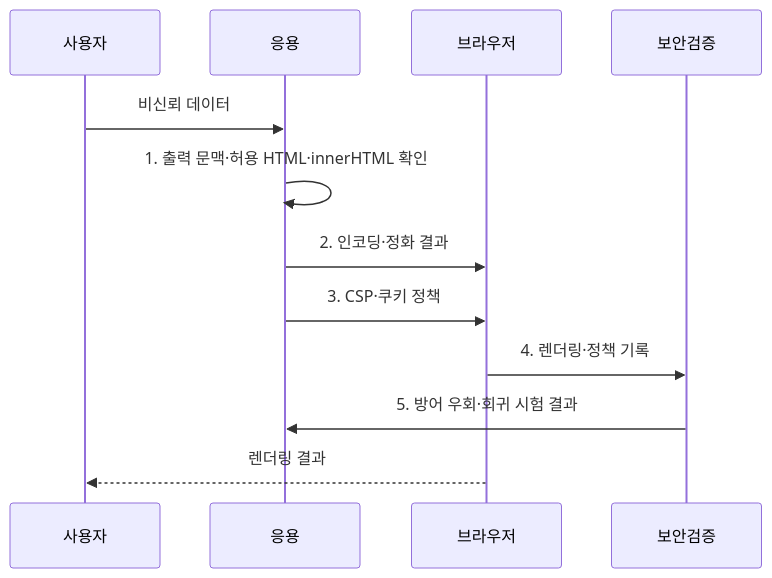
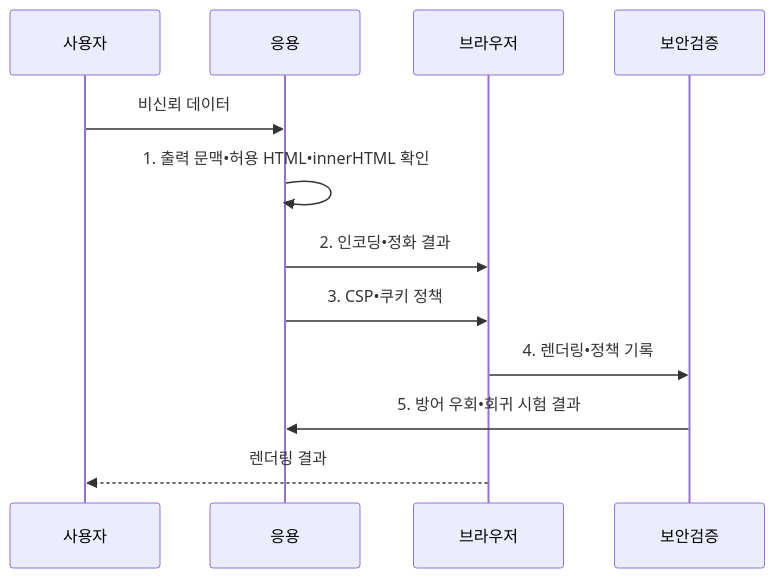
One commit to agnusdei1207/knowledge-base changed the second of 2 diagrams in src/content/docs/notes/05-security/047_xss.md. Above: the diagram before and after it, drawn with Mermaid. The commit also changed other lines of this file and 953 other files, not shown here.

````diff
--- a/src/content/docs/notes/05-security/047_xss.md
+++ b/src/content/docs/notes/05-security/047_xss.md
@@ -102,14 +102,14 @@
 ```mermaid
 sequenceDiagram
     participant 사용자
     participant 응용
     participant 브라우저
     participant 보안검증
     사용자->>응용: 비신뢰 데이터
-    응용->>응용: 1. 출력 문맥·허용 HTML·innerHTML 확인
-    응용->>브라우저: 2. 인코딩·정화 결과
-    응용->>브라우저: 3. CSP·쿠키 정책
-    브라우저->>보안검증: 4. 렌더링·정책 기록
-    보안검증->>응용: 5. 방어 우회·회귀 시험 결과
+    응용->>응용: 1. 출력 문맥•허용 HTML•innerHTML 확인
+    응용->>브라우저: 2. 인코딩•정화 결과
+    응용->>브라우저: 3. CSP•쿠키 정책
+    브라우저->>보안검증: 4. 렌더링•정책 기록
+    보안검증->>응용: 5. 방어 우회•회귀 시험 결과
     브라우저-->>사용자: 렌더링 결과
 ```
````
